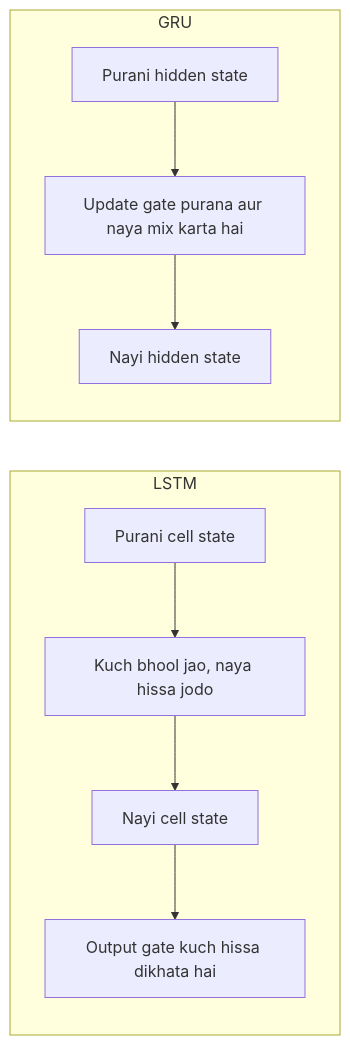
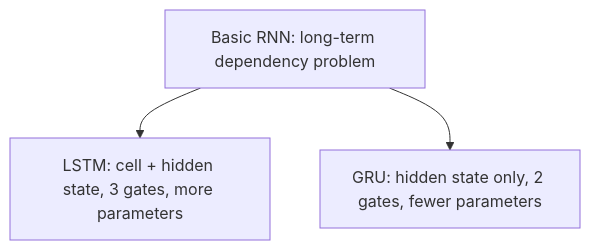
One commit to TrendySloth1001/sem-seven-notes changed the diagram in content/deep-learning/pyq/2025-05/q3b.hi.mdx. Above: the diagram before and after it, drawn with Mermaid. The commit also changed other lines of this file and 186 other files, not shown here.

````diff
--- a/content/deep-learning/pyq/2025-05/q3b.hi.mdx
+++ b/content/deep-learning/pyq/2025-05/q3b.hi.mdx
@@ -25,10 +13,6 @@
 ```mermaid
-%% caption: Har cell mein memory ka raasta. LSTM: forget gate purani memory ka kuch hissa rakhta hai, input gate naye candidate ka hissa jodta hai, aur output gate tay karta hai ki kya dikhana hai. GRU: ek update gate purani state aur naye candidate ko blend karta hai.
-flowchart LR
-  subgraph L["LSTM"]
-    A1["Purani cell state"] --> A2["Kuch bhool jao, naya hissa jodo"] --> A3["Nayi cell state"] --> A4["Output gate kuch hissa dikhata hai"]
-  end
-  subgraph G["GRU"]
-    B1["Purani hidden state"] --> B2["Update gate purana aur naya mix karta hai"] --> B3["Nayi hidden state"]
-  end
+%% caption: LSTM aur GRU ek picture mein.
+flowchart TD
+  A["Basic RNN: long-term dependency problem"] --> B["LSTM: cell + hidden state, 3 gates, more parameters"]
+  A --> C["GRU: hidden state only, 2 gates, fewer parameters"]
 ```
````
